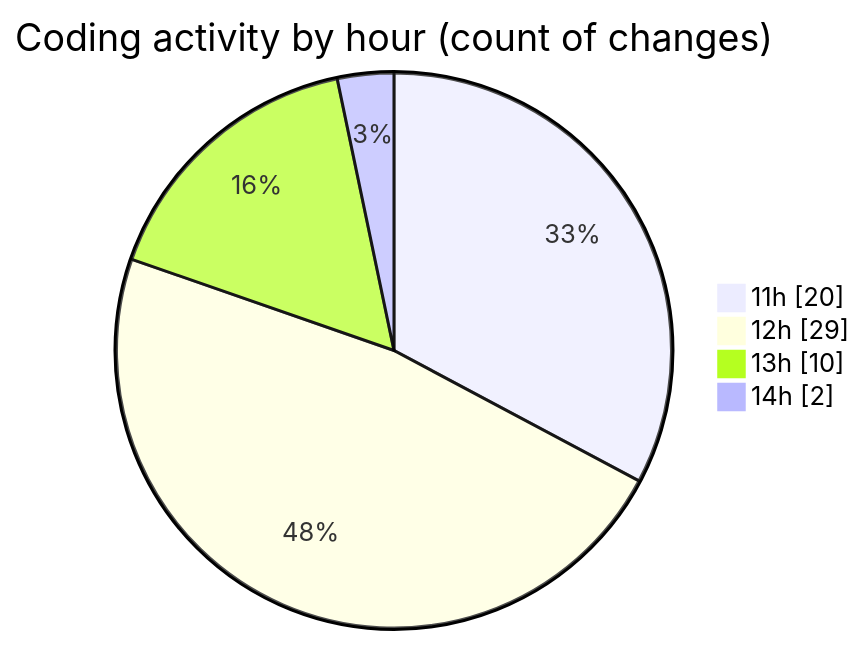
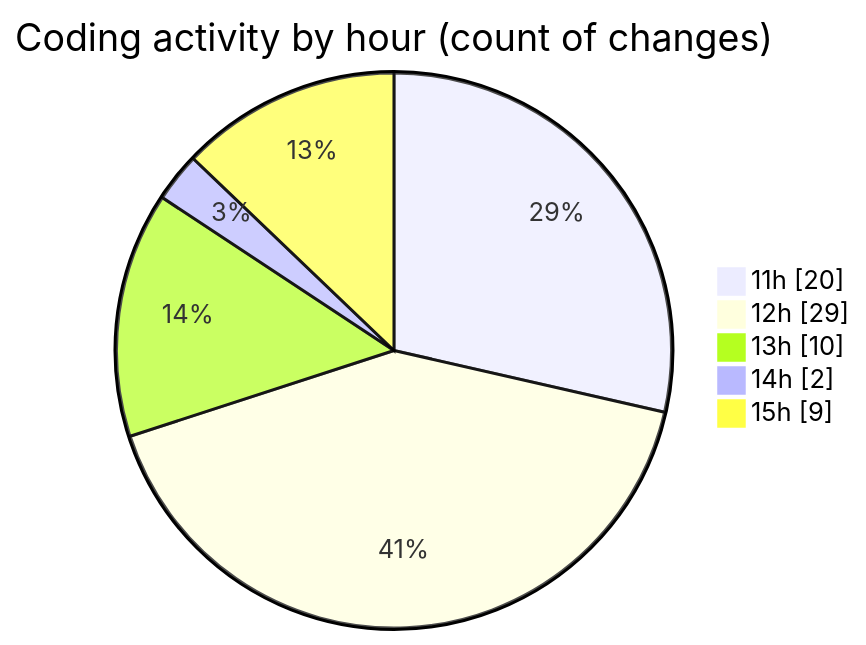
Before and after one commit to nxtqubesakshisongat/code-tracking: the second of 2 diagrams in 2025-12-11/nxtqube_webapp/README.md, drawn with Mermaid. The commit also changed other lines of this file and 1 other file, not shown here.

````diff
--- a/2025-12-11/nxtqube_webapp/README.md
+++ b/2025-12-11/nxtqube_webapp/README.md
@@ -40,8 +40,9 @@
 ```mermaid
 pie showData
 title Coding activity by hour (count of changes)
 "11h" : 20
 "12h" : 29
 "13h" : 10
 "14h" : 2
+"15h" : 9
 ```
````
